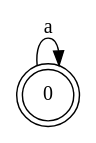
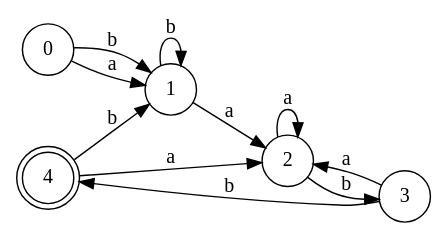
One commit to Palokap/CClab1 changed the diagram in fa.gv. Above: the diagram before and after it, drawn with Graphviz. The commit also changed 1 other file, not shown here.

```diff
--- a/fa.gv
+++ b/fa.gv
@@ -1,6 +1,15 @@
 digraph fa {
 rankdir=LR;
-node[shape=doublecircle];"0";
+node[shape=doublecircle];"4";
 node[shape=circle];
-"0"->"0"[label="a"];
+"0"->"1"[label="a"];
+"0"->"1"[label="b"];
+"1"->"2"[label="a"];
+"1"->"1"[label="b"];
+"2"->"2"[label="a"];
+"2"->"3"[label="b"];
+"3"->"2"[label="a"];
+"3"->"4"[label="b"];
+"4"->"2"[label="a"];
+"4"->"1"[label="b"];
 }
```
